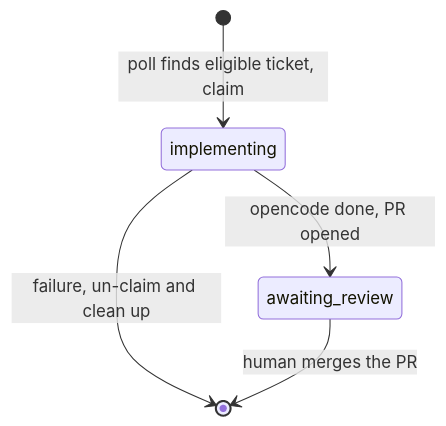
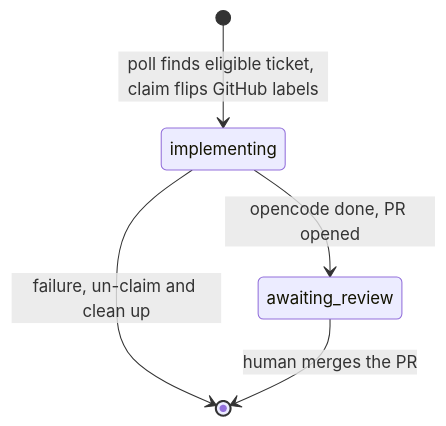
The first of 2 diagrams in tools/orchestrator.md (bemerkenswert/carbotracker), drawn with Mermaid before and after one commit. The commit also changed other lines of this file and 4 other files, not shown here.

First line of the commit message:
Make the claim GitHub-visible; guard cleanup for parallel orchestrators

````diff
--- a/tools/orchestrator.md
+++ b/tools/orchestrator.md
@@ -13,7 +13,7 @@
 ```mermaid
 stateDiagram-v2
-    [*] --> implementing: poll finds eligible ticket, claim
+    [*] --> implementing: poll finds eligible ticket, claim flips GitHub labels
     implementing --> awaiting_review: opencode done, PR opened
     implementing --> [*]: failure, un-claim and clean up
     awaiting_review --> [*]: human merges the PR
 ```
````
